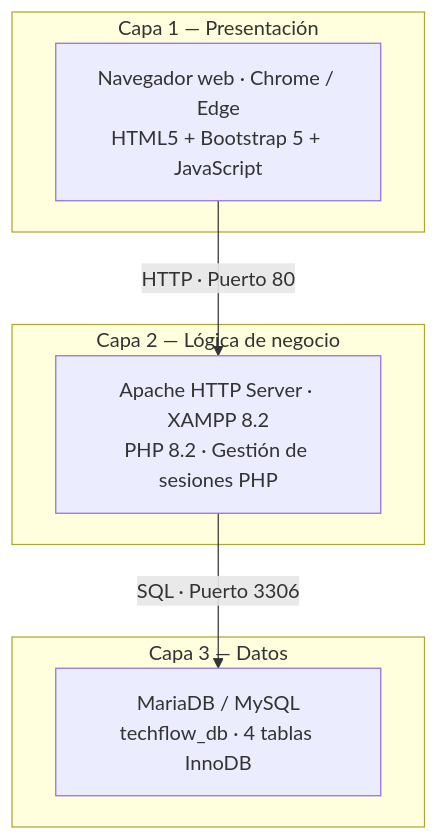
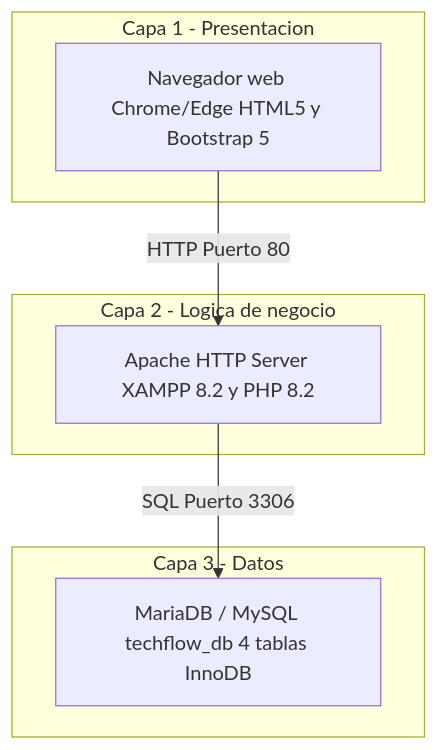
Before and after one commit to alicenon/techflow: the third of 4 diagrams in diagramas_mermaid.md, drawn with Mermaid. The commit also changed other lines of this file, not shown here.

Commit message:
docs: limpiado codigo mermaid de caracteres especiales para evitar parse error

````diff
--- a/diagramas_mermaid.md
+++ b/diagramas_mermaid.md
@@ -45,15 +47,15 @@
 ```mermaid
 graph TB
-    subgraph C1["Capa 1 — Presentación"]
-        NAV["Navegador web · Chrome / Edge\nHTML5 + Bootstrap 5 + JavaScript"]
+    subgraph C1[Capa 1 - Presentacion]
+        NAV[Navegador web Chrome/Edge HTML5 y Bootstrap 5]
     end
-    subgraph C2["Capa 2 — Lógica de negocio"]
-        SRV["Apache HTTP Server · XAMPP 8.2\nPHP 8.2 · Gestión de sesiones PHP"]
+    subgraph C2[Capa 2 - Logica de negocio]
+        SRV[Apache HTTP Server XAMPP 8.2 y PHP 8.2]
     end
-    subgraph C3["Capa 3 — Datos"]
-        DB["MariaDB / MySQL\ntechflow_db · 4 tablas InnoDB"]
+    subgraph C3[Capa 3 - Datos]
+        DB[MariaDB / MySQL techflow_db 4 tablas InnoDB]
     end
 
-    NAV -->|"HTTP · Puerto 80"| SRV
-    SRV -->|"SQL · Puerto 3306"| DB
+    NAV -->|HTTP Puerto 80| SRV
+    SRV -->|SQL Puerto 3306| DB
 ```
````
